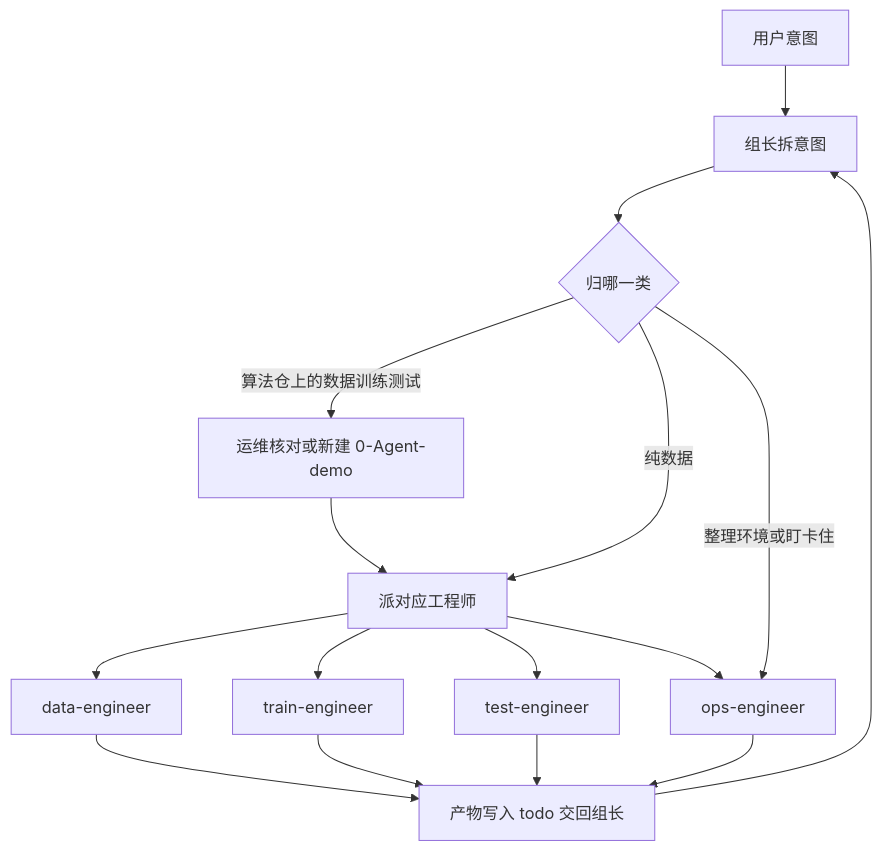
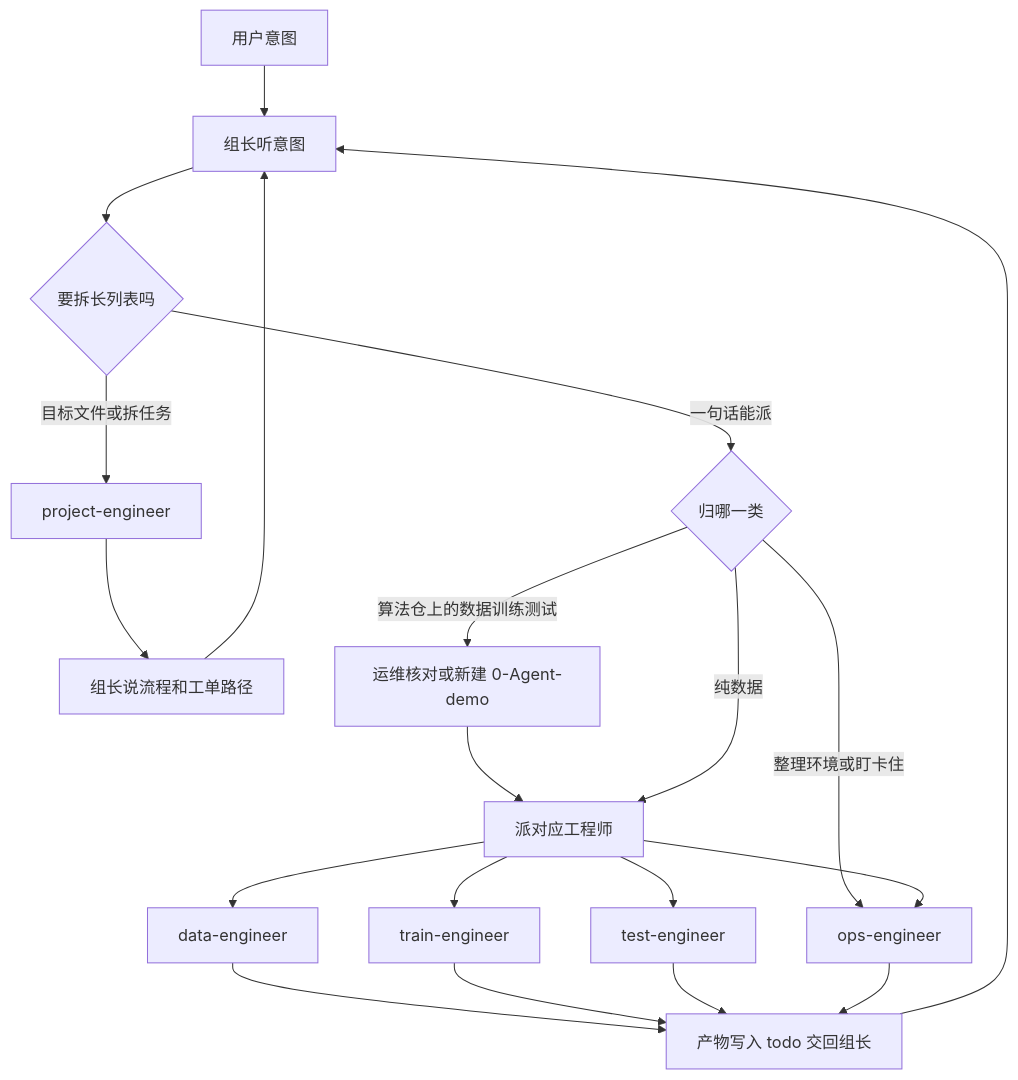
Before and after one commit to Yulin-CC/Algorithm_Assistant: the second of 3 diagrams in README.md, drawn with Mermaid. The commit also changed other lines of this file and 26 other files, not shown here.

````diff
--- a/README.md
+++ b/README.md
@@ -99,18 +157,22 @@
 ```mermaid
 flowchart TD
-  userIntent[用户意图] --> leadIn[组长拆意图]
-  leadIn --> kind{归哪一类}
+  userIntent[用户意图] --> leadIn[组长听意图]
+  leadIn --> needPlan{要拆长列表吗}
+  needPlan -->|目标文件或拆任务| pe[project-engineer]
+  pe --> confirm["组长说流程和工单路径"]
+  confirm --> leadIn
+  needPlan -->|一句话能派| kind{归哪一类}
   kind -->|算法仓上的数据训练测试| opsCheck["运维核对或新建 0-Agent-demo"]
   opsCheck --> dispatch[派对应工程师]
   kind -->|纯数据| dispatch
   kind -->|整理环境或盯卡住| opsEng[ops-engineer]
   dispatch --> dataEng[data-engineer]
   dispatch --> trainEng[train-engineer]
   dispatch --> testEng[test-engineer]
   dispatch --> opsEng
   dataEng --> handoff[产物写入 todo 交回组长]
   trainEng --> handoff
   testEng --> handoff
   opsEng --> handoff
   handoff --> leadIn
 ```
````
